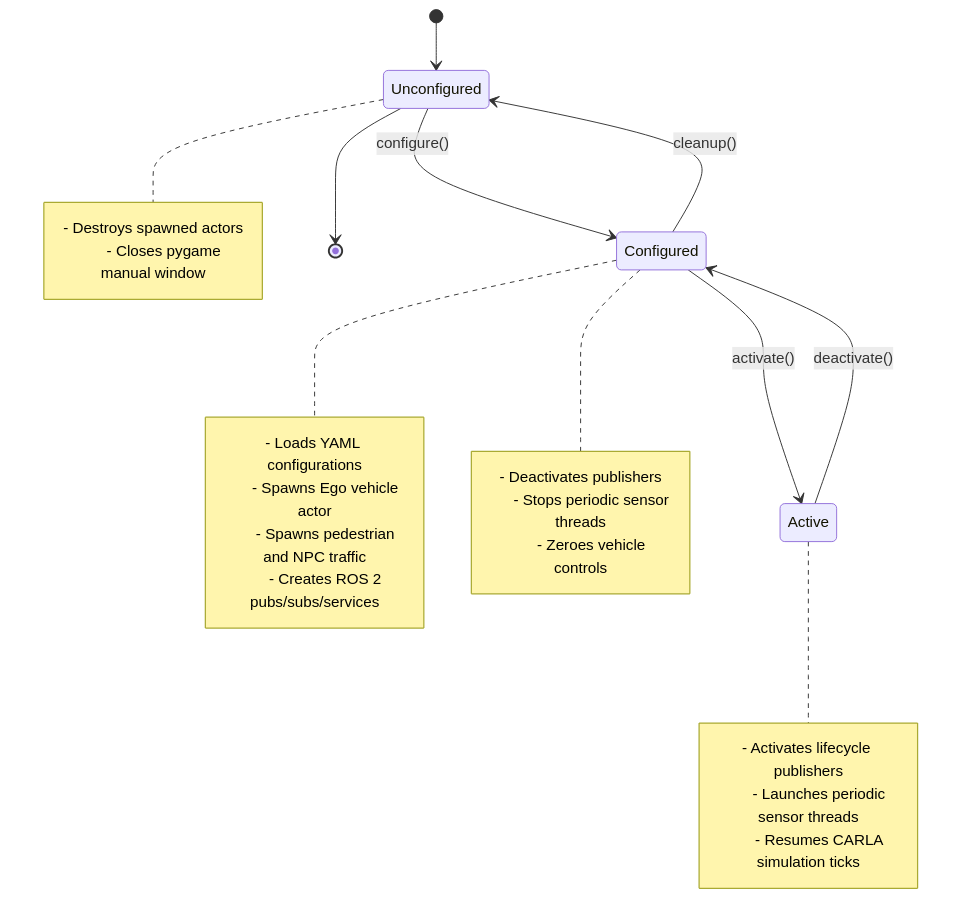
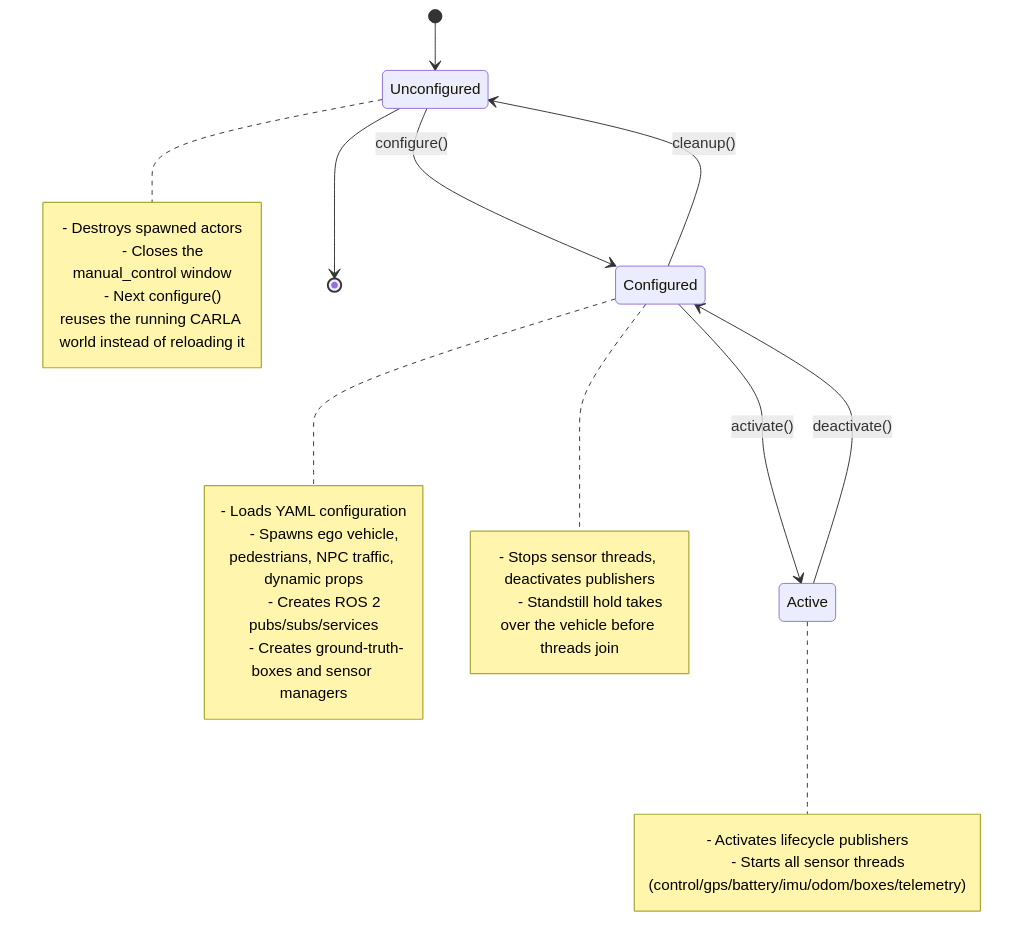
Before and after one commit to ebrahimabdelghfar/Carla_ASU_Bridge: the second of 2 diagrams in docs/CARLA_CUSTOM_BRIDGE.md, drawn with Mermaid. The commit also changed other lines of this file and 61 other files, not shown here.

````diff
--- a/docs/CARLA_CUSTOM_BRIDGE.md
+++ b/docs/CARLA_CUSTOM_BRIDGE.md
@@ -404,29 +675,28 @@
 ```mermaid
 stateDiagram-v2
     [*] --> Unconfigured
     Unconfigured --> Configured : configure()
     note right of Configured
-      - Loads YAML configurations
-      - Spawns Ego vehicle actor
-      - Spawns pedestrian and NPC traffic
+      - Loads YAML configuration
+      - Spawns ego vehicle, pedestrians, NPC traffic, dynamic props
       - Creates ROS 2 pubs/subs/services
+      - Creates ground-truth-boxes and sensor managers
     end note
     Configured --> Active : activate()
     note right of Active
       - Activates lifecycle publishers
-      - Launches periodic sensor threads
-      - Resumes CARLA simulation ticks
+      - Starts all sensor threads (control/gps/battery/imu/odom/boxes/telemetry)
     end note
     Active --> Configured : deactivate()
     note right of Configured
-      - Deactivates publishers
-      - Stops periodic sensor threads
-      - Zeroes vehicle controls
+      - Stops sensor threads, deactivates publishers
+      - Standstill hold takes over the vehicle before threads join
     end note
     Configured --> Unconfigured : cleanup()
     note right of Unconfigured
       - Destroys spawned actors
-      - Closes pygame manual window
+      - Closes the manual_control window
+      - Next configure() reuses the running CARLA world instead of reloading it
     end note
     Unconfigured --> [*]
 ```
````
